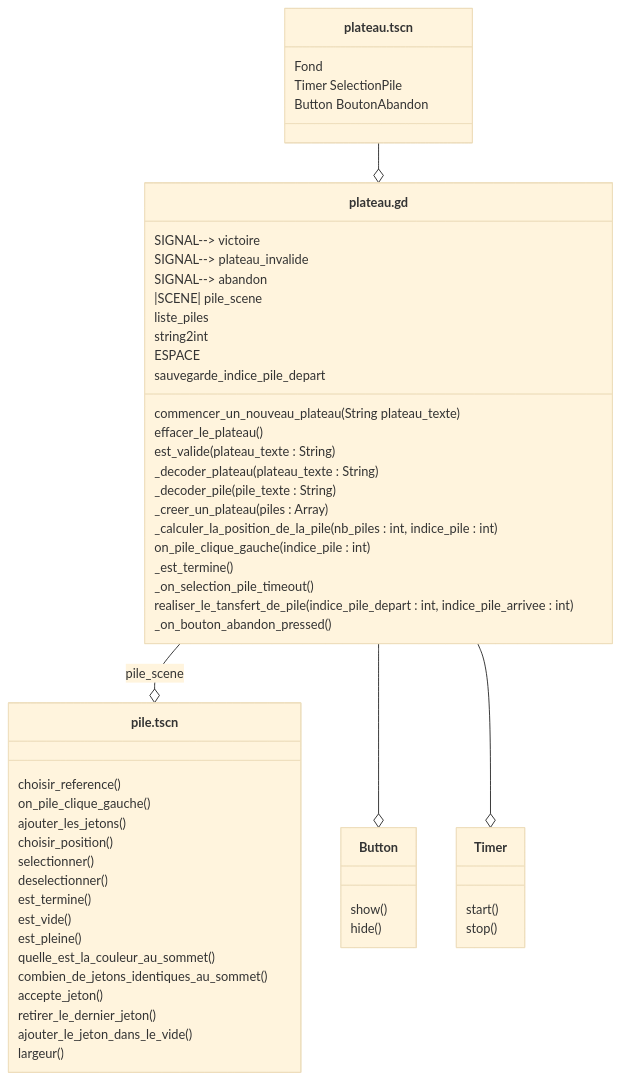
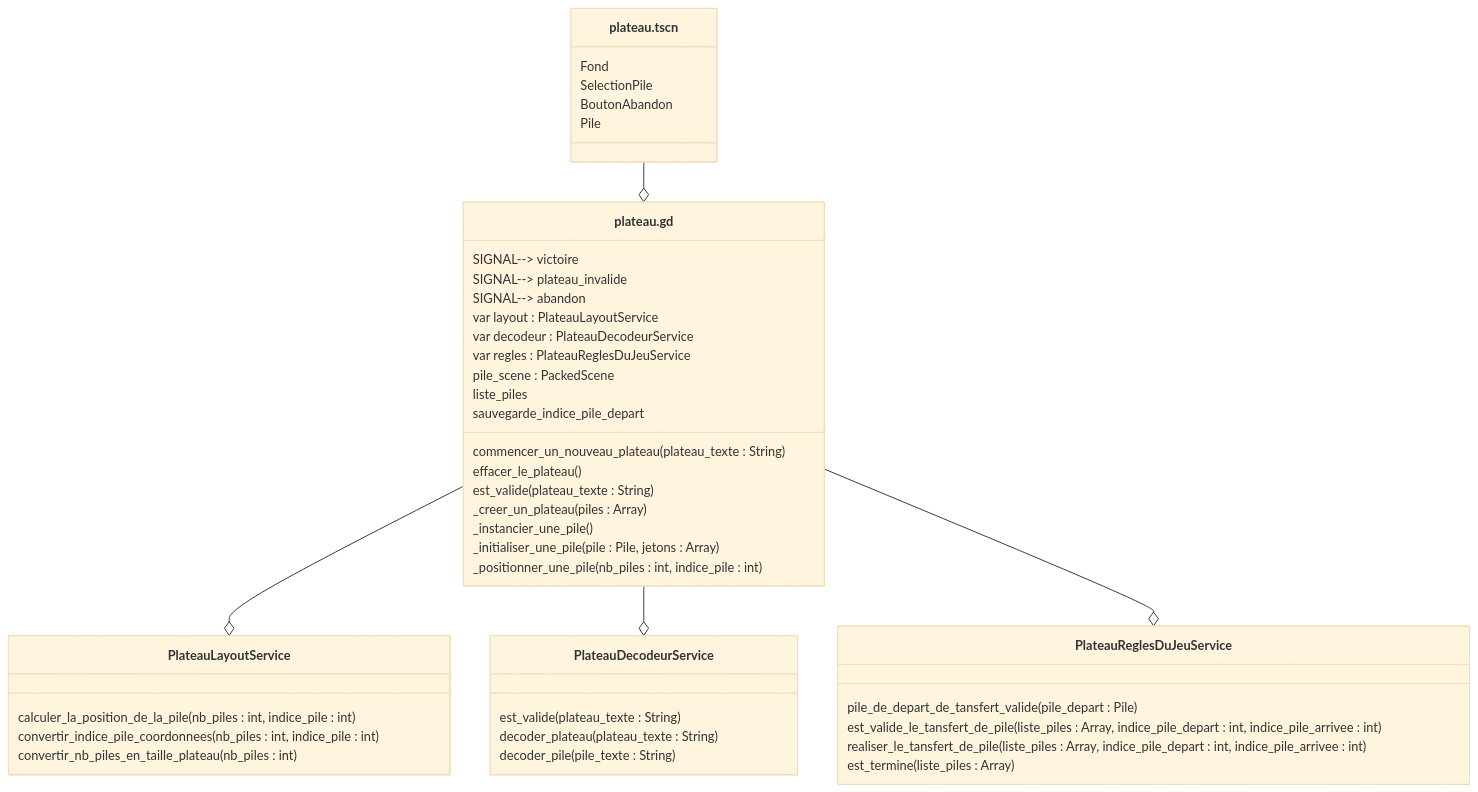
Before and after one commit to leguims/godot-color-sort-for-anna: the diagram in docs/Plateau.md, drawn with Mermaid (base theme). The commit also changed other lines of this file and 3 other files, not shown here.

````diff
--- a/docs/Plateau.md
+++ b/docs/Plateau.md
@@ -9,66 +9,56 @@
 ```mermaid
 classDiagram
 
 class plateau.tscn {
     Fond
-    Timer SelectionPile
-    Button BoutonAbandon
+    SelectionPile
+    BoutonAbandon
+    Pile
 }
 
 class plateau.gd {
     SIGNAL--> victoire
     SIGNAL--> plateau_invalide
     SIGNAL--> abandon
-    |SCENE| pile_scene
+
+    var layout : PlateauLayoutService
+    var decodeur : PlateauDecodeurService
+    var regles : PlateauReglesDuJeuService
+
+    pile_scene : PackedScene
     liste_piles
-    string2int
-    ESPACE
     sauvegarde_indice_pile_depart
 
-    commencer_un_nouveau_plateau(String plateau_texte)
+    commencer_un_nouveau_plateau(plateau_texte : String)
     effacer_le_plateau()
     est_valide(plateau_texte : String)
-    _decoder_plateau(plateau_texte : String)
-    _decoder_pile(pile_texte : String)
     _creer_un_plateau(piles : Array)
-    _calculer_la_position_de_la_pile(nb_piles : int, indice_pile : int)
-    on_pile_clique_gauche(indice_pile : int)
-    _est_termine()
-    _on_selection_pile_timeout()
-    realiser_le_tansfert_de_pile(indice_pile_depart : int, indice_pile_arrivee : int)
-    _on_bouton_abandon_pressed()
+    _instancier_une_pile()
+    _initialiser_une_pile(pile : Pile, jetons : Array)
+    _positionner_une_pile(nb_piles : int, indice_pile : int)
 }
 
-class Button{
-    show()
-    hide()
+class PlateauDecodeurService {
+    est_valide(plateau_texte : String)
+    decoder_plateau(plateau_texte : String)
+    decoder_pile(pile_texte : String)
 }
 
-class Timer{
-    start()
-    stop()
+class PlateauLayoutService {
+    calculer_la_position_de_la_pile(nb_piles : int, indice_pile : int)
+    convertir_indice_pile_coordonnees(nb_piles : int, indice_pile : int)
+    convertir_nb_piles_en_taille_plateau(nb_piles : int)
 }
 
-class pile.tscn {
-    choisir_reference()
-    on_pile_clique_gauche()
-    ajouter_les_jetons()
-    choisir_position()
-    selectionner()
-    deselectionner()
-    est_termine()
-    est_vide()
-    est_pleine()
-    quelle_est_la_couleur_au_sommet()
-    combien_de_jetons_identiques_au_sommet()
-    accepte_jeton()
-    retirer_le_dernier_jeton()
-    ajouter_le_jeton_dans_le_vide()
-    largeur()
+class PlateauReglesDuJeuService {
+    pile_de_depart_de_tansfert_valide(pile_depart : Pile)
+    est_valide_le_tansfert_de_pile(liste_piles : Array, indice_pile_depart : int, indice_pile_arrivee : int)
+    realiser_le_tansfert_de_pile(liste_piles : Array, indice_pile_depart : int, indice_pile_arrivee : int)
+    est_termine(liste_piles : Array)
 }
 
-    plateau.tscn --o plateau.gd
-    plateau.gd --o pile.tscn : pile_scene
-    plateau.gd --o Button
-    plateau.gd --o Timer
+plateau.tscn --o plateau.gd
+plateau.gd --o PlateauLayoutService
+plateau.gd --o PlateauDecodeurService
+plateau.gd --o PlateauReglesDuJeuService
 ```
````
